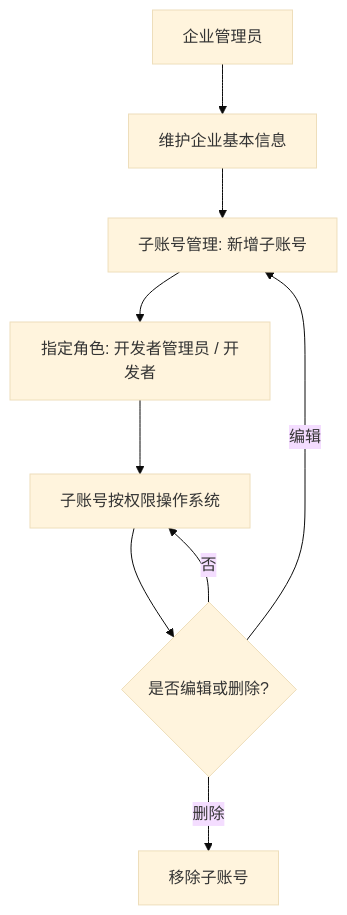
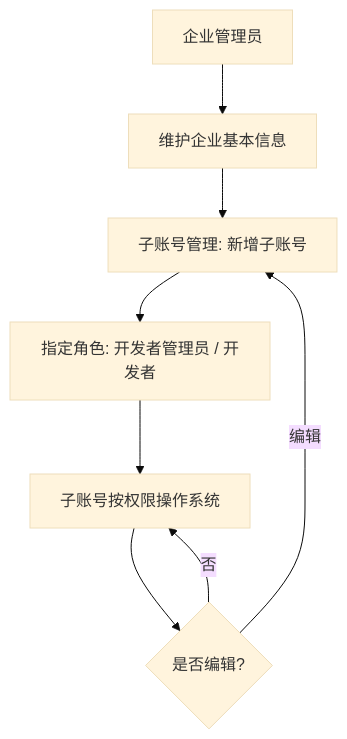
The fourth of 9 diagrams in output/prd/prd.md (sunmei119/capPlatform), drawn with Mermaid (base theme) before and after one commit. The commit also changed other lines of this file and 2 other files, not shown here.

````diff
--- a/output/prd/prd.md
+++ b/output/prd/prd.md
@@ -172,11 +172,10 @@
 ```mermaid
 flowchart TD
     A[企业管理员] --> B[维护企业基本信息]
     B --> C[子账号管理: 新增子账号]
     C --> D[指定角色: 开发者管理员 / 开发者]
     D --> E[子账号按权限操作系统]
-    E --> F{是否编辑或删除?}
+    E --> F{是否编辑?}
     F -- 编辑 --> C
-    F -- 删除 --> G[移除子账号]
     F -- 否 --> E
 ```
````
